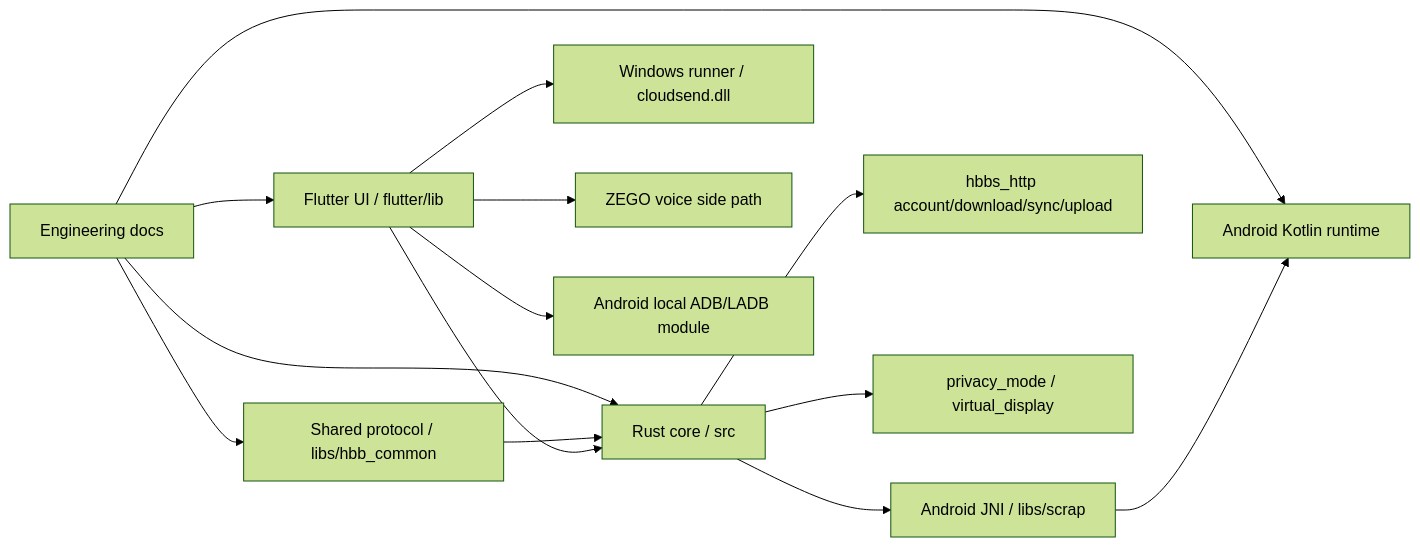
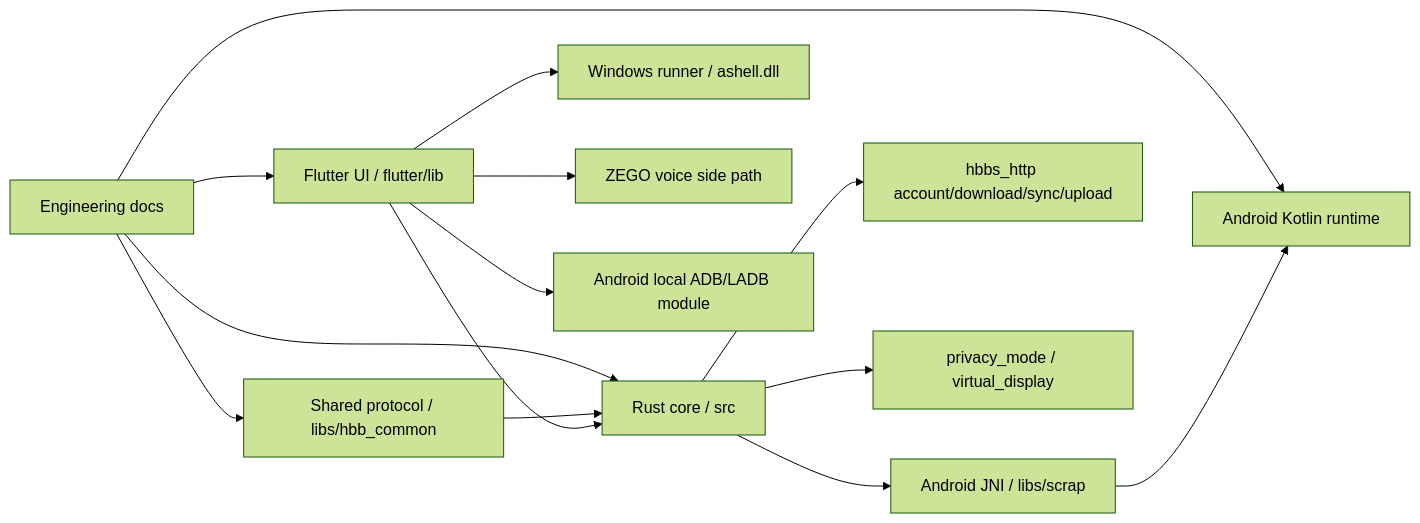
One commit to adb-shell/A-Shell-You changed the diagram in docs/ENGINEERING_INDEX.md. Above: the diagram before and after it, drawn with Mermaid (forest theme). The commit also changed other lines of this file and 267 other files, not shown here.

````diff
--- a/docs/ENGINEERING_INDEX.md
+++ b/docs/ENGINEERING_INDEX.md
@@ -174,16 +176,16 @@
 ```mermaid
 flowchart LR
     Docs["Engineering docs"] --> Rust["Rust core / src"]
     Docs --> Flutter["Flutter UI / flutter/lib"]
     Docs --> Android["Android Kotlin runtime"]
     Docs --> Shared["Shared protocol / libs/hbb_common"]
     Shared --> Rust
     Flutter --> Rust
     Rust --> AndroidJNI["Android JNI / libs/scrap"]
     AndroidJNI --> Android
-    Flutter --> Windows["Windows runner / cloudsend.dll"]
+    Flutter --> Windows["Windows runner / ashell.dll"]
     Rust --> Http["hbbs_http account/download/sync/upload"]
     Rust --> Privacy["privacy_mode / virtual_display"]
     Flutter --> Zego["ZEGO voice side path"]
     Flutter --> Adb["Android local ADB/LADB module"]
 ```
````
